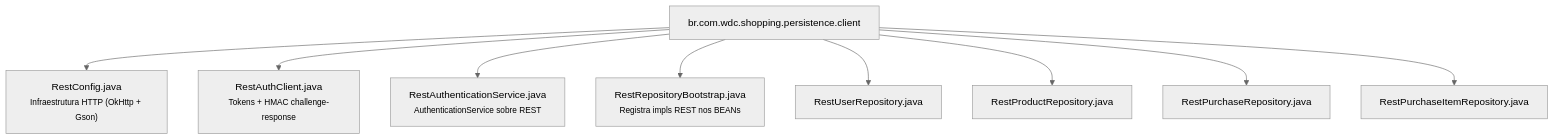
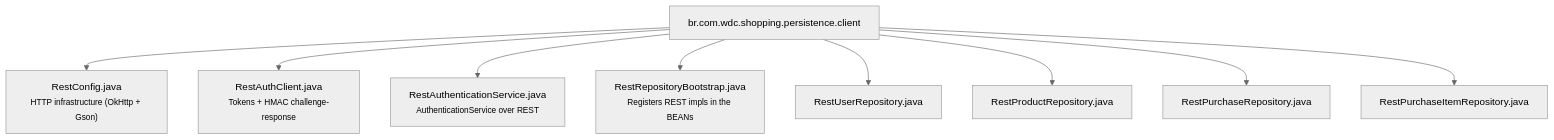
One commit to mrcdom/wdc-cube-java-v2 changed the first of 2 diagrams in fontes/br.com.wdc.shopping/br.com.wdc.shopping.persistence/persistence.client/README.md. Above: the diagram before and after it, drawn with Mermaid (neutral theme). The commit also changed other lines of this file and 69 other files, not shown here.

````diff
--- a/fontes/br.com.wdc.shopping/br.com.wdc.shopping.persistence/persistence.client/README.md
+++ b/fontes/br.com.wdc.shopping/br.com.wdc.shopping.persistence/persistence.client/README.md
@@ -16,12 +16,12 @@
 ```mermaid
 graph TD
     pkg["br.com.wdc.shopping.persistence.client"]
-    pkg --> RestConfig["RestConfig.java<br/><small>Infraestrutura HTTP (OkHttp + Gson)</small>"]
+    pkg --> RestConfig["RestConfig.java<br/><small>HTTP infrastructure (OkHttp + Gson)</small>"]
     pkg --> RestAuthClient["RestAuthClient.java<br/><small>Tokens + HMAC challenge-response</small>"]
-    pkg --> RestAuthSvc["RestAuthenticationService.java<br/><small>AuthenticationService sobre REST</small>"]
-    pkg --> Bootstrap["RestRepositoryBootstrap.java<br/><small>Registra impls REST nos BEANs</small>"]
+    pkg --> RestAuthSvc["RestAuthenticationService.java<br/><small>AuthenticationService over REST</small>"]
+    pkg --> Bootstrap["RestRepositoryBootstrap.java<br/><small>Registers REST impls in the BEANs</small>"]
     pkg --> RestUser["RestUserRepository.java"]
     pkg --> RestProduct["RestProductRepository.java"]
     pkg --> RestPurchase["RestPurchaseRepository.java"]
     pkg --> RestPurchaseItem["RestPurchaseItemRepository.java"]
 ```
````
